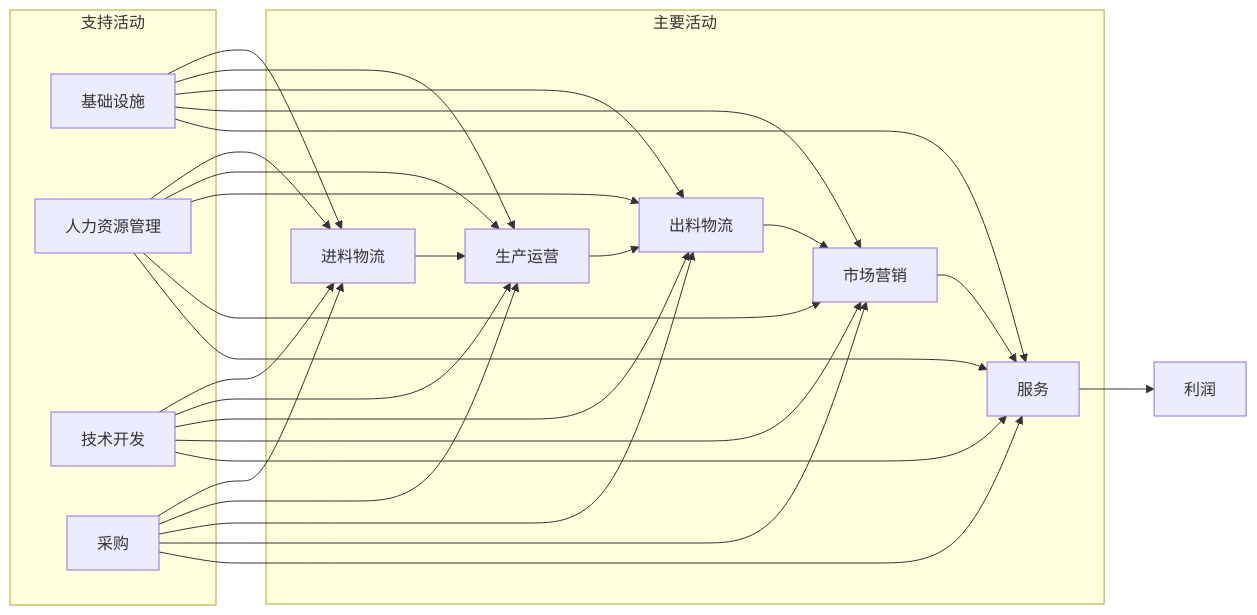
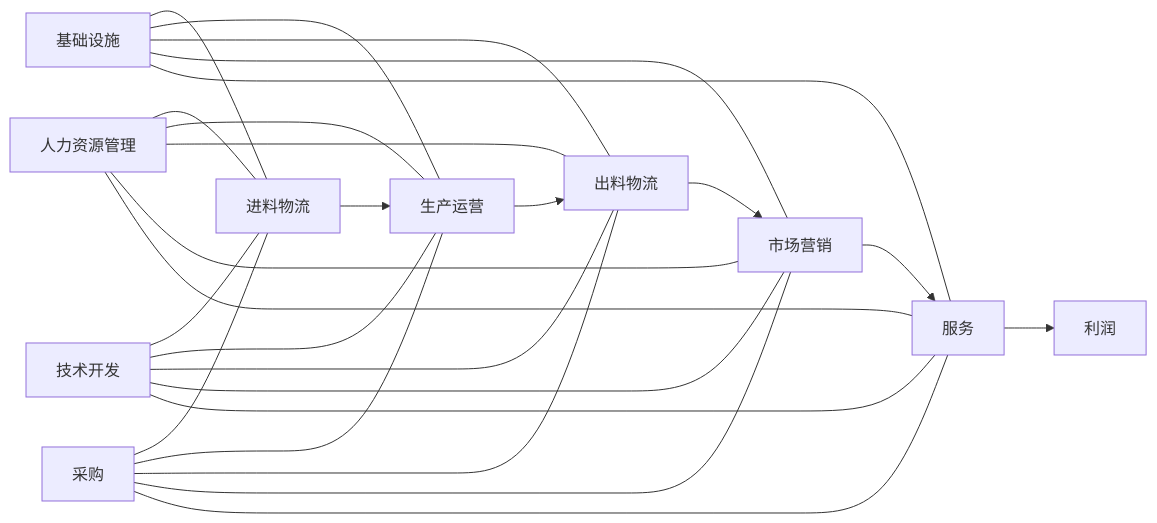
The fourth of 8 diagrams in src/site/notes/知识共享/002_商业分析/01_学习内容/04_市场与竞争分析/4.1 市场分析框架.md (amcoimg/my-digital-garden), drawn with Mermaid before and after one commit. The commit also changed other lines of this file and 1 other file, not shown here.

````diff
--- a/src/site/notes/知识共享/002_商业分析/01_学习内容/04_市场与竞争分析/4.1 市场分析框架.md
+++ b/src/site/notes/知识共享/002_商业分析/01_学习内容/04_市场与竞争分析/4.1 市场分析框架.md
@@ -498,42 +456,12 @@
 ```mermaid
 flowchart LR
-    subgraph "主要活动"
     A[进料物流] --> B[生产运营]
     B --> C[出料物流]
     C --> D[市场营销]
     D --> E[服务]
-    end
-    
-    subgraph "支持活动"
-    F[基础设施]
-    G[人力资源管理]
-    H[技术开发]
-    I[采购]
-    end
-    
-    F --> A
-    F --> B
-    F --> C
-    F --> D
-    F --> E
-    
-    G --> A
-    G --> B
-    G --> C
-    G --> D
-    G --> E
-    
-    H --> A
-    H --> B
-    H --> C
-    H --> D
-    H --> E
-    
-    I --> A
-    I --> B
-    I --> C
-    I --> D
-    I --> E
-    
+    F[基础设施] --- A & B & C & D & E
+    G[人力资源管理] --- A & B & C & D & E
+    H[技术开发] --- A & B & C & D & E
+    I[采购] --- A & B & C & D & E
     E --> J[利润]
 ```
````
